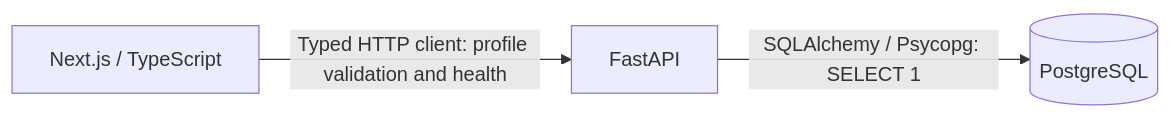
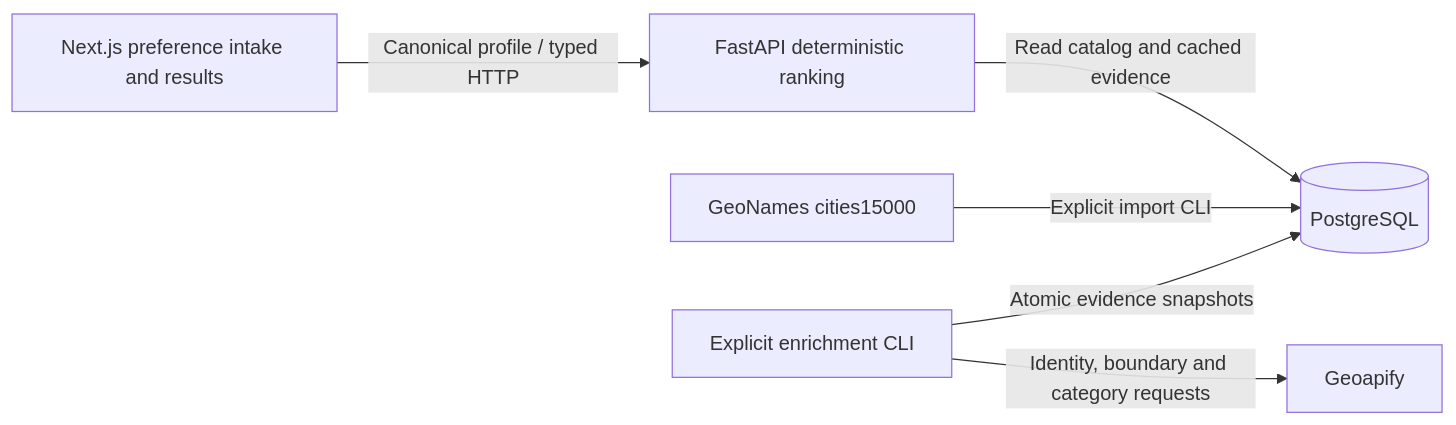
One commit to shivakhoshhal94/Roamline changed the diagram in README.md. Above: the diagram before and after it, drawn with Mermaid. The commit also changed other lines of this file and 37 other files, not shown here.

````diff
--- a/README.md
+++ b/README.md
@@ -33,5 +36,8 @@
 ```mermaid
 flowchart LR
-    Web[Next.js / TypeScript] -->|Typed HTTP client: profile validation and health| API[FastAPI]
-    API -->|SQLAlchemy / Psycopg: SELECT 1| DB[(PostgreSQL)]
+    Web[Next.js preference intake and results] -->|Canonical profile / typed HTTP| API[FastAPI deterministic ranking]
+    API -->|Read catalog and cached evidence| DB[(PostgreSQL)]
+    GeoNames[GeoNames cities15000] -->|Explicit import CLI| DB
+    CLI[Explicit enrichment CLI] -->|Identity, boundary and category requests| Geoapify[Geoapify]
+    CLI -->|Atomic evidence snapshots| DB
 ```
````
